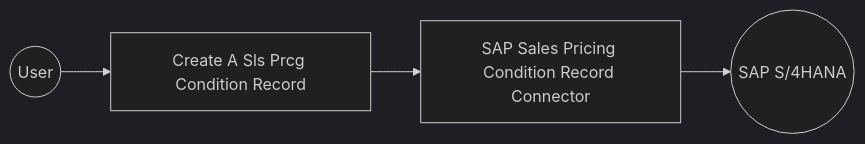
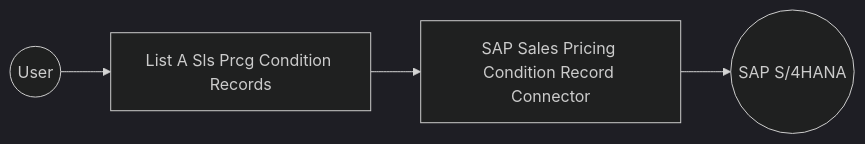
One commit to RDPerera/docs-integrator changed the diagram in en/docs/connectors/catalog/erp-business/sap.s4hana.api_slspricingconditionrecord_srv/example.md. Above: the diagram before and after it, drawn with Mermaid (dark theme). The commit also changed other lines of this file and 8 other files, not shown here.

````diff
--- a/en/docs/connectors/catalog/erp-business/sap.s4hana.api_slspricingconditionrecord_srv/example.md
+++ b/en/docs/connectors/catalog/erp-business/sap.s4hana.api_slspricingconditionrecord_srv/example.md
@@ -12,6 +12,6 @@
 ```mermaid
 flowchart LR
-    A((User)) --> B[Create A Sls Prcg Condition Record]
+    A((User)) --> B[List A Sls Prcg Condition Records]
     B --> C[SAP Sales Pricing Condition Record Connector]
     C --> D((SAP S/4HANA))
 ```
````
